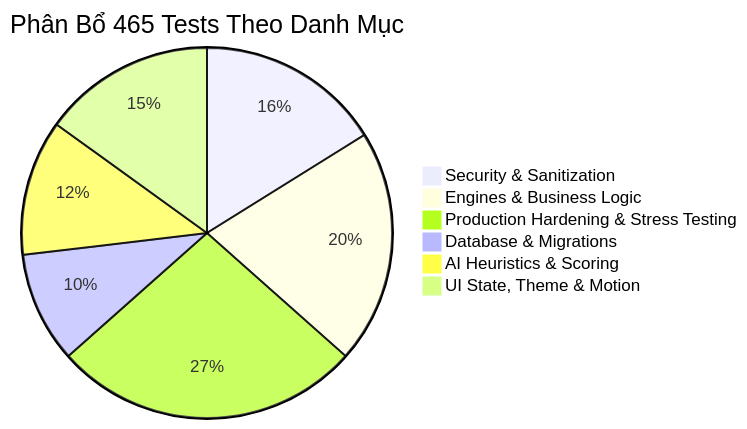
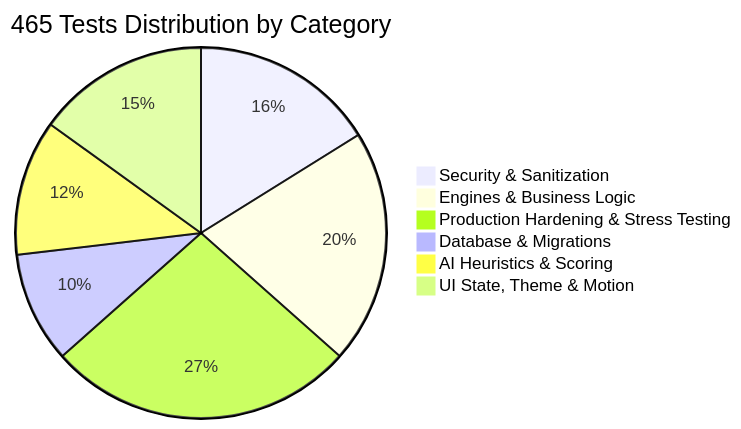
The diagram in docs/08_TESTING_AND_QUALITY_ASSURANCE.md (Nguyen-Trung-Tien/WinCarePro), drawn with Mermaid before and after one commit. The commit also changed other lines of this file and 39 other files, not shown here.

Commit message:
docs: add comprehensive system documentation, architecture guides, developer onboarding, and AI agent rule/skill sets

````diff
--- a/docs/08_TESTING_AND_QUALITY_ASSURANCE.md
+++ b/docs/08_TESTING_AND_QUALITY_ASSURANCE.md
@@ -16,9 +16,9 @@
 ```mermaid
-pie title Phân Bổ 465 Tests Theo Danh Mục
+pie title 465 Tests Distribution by Category
     "Security & Sanitization" : 75
     "Engines & Business Logic" : 95
     "Production Hardening & Stress Testing" : 125
     "Database & Migrations" : 45
     "AI Heuristics & Scoring" : 55
     "UI State, Theme & Motion" : 70
 ```
````
